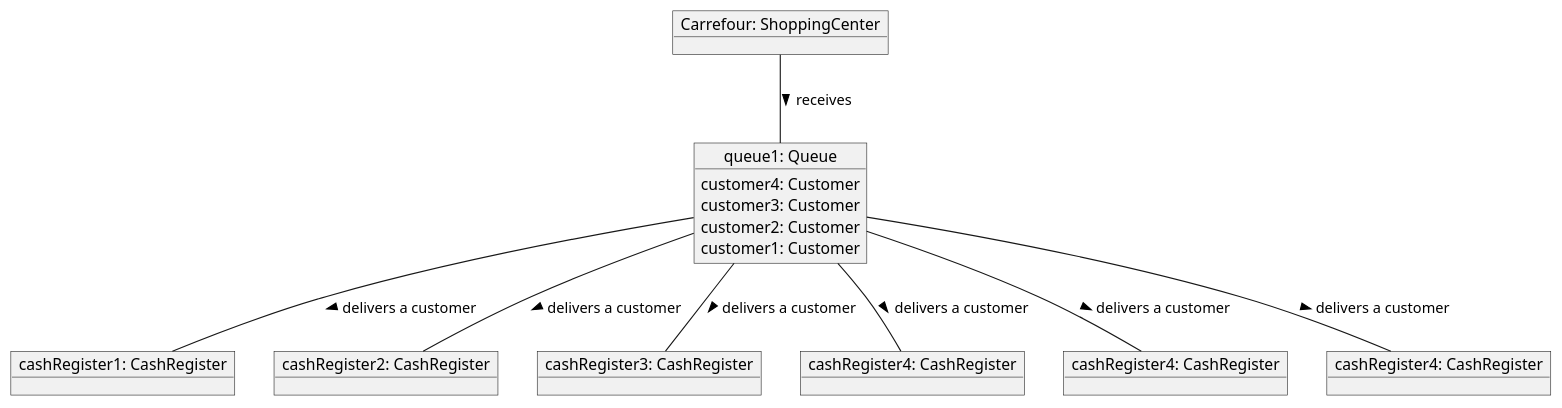
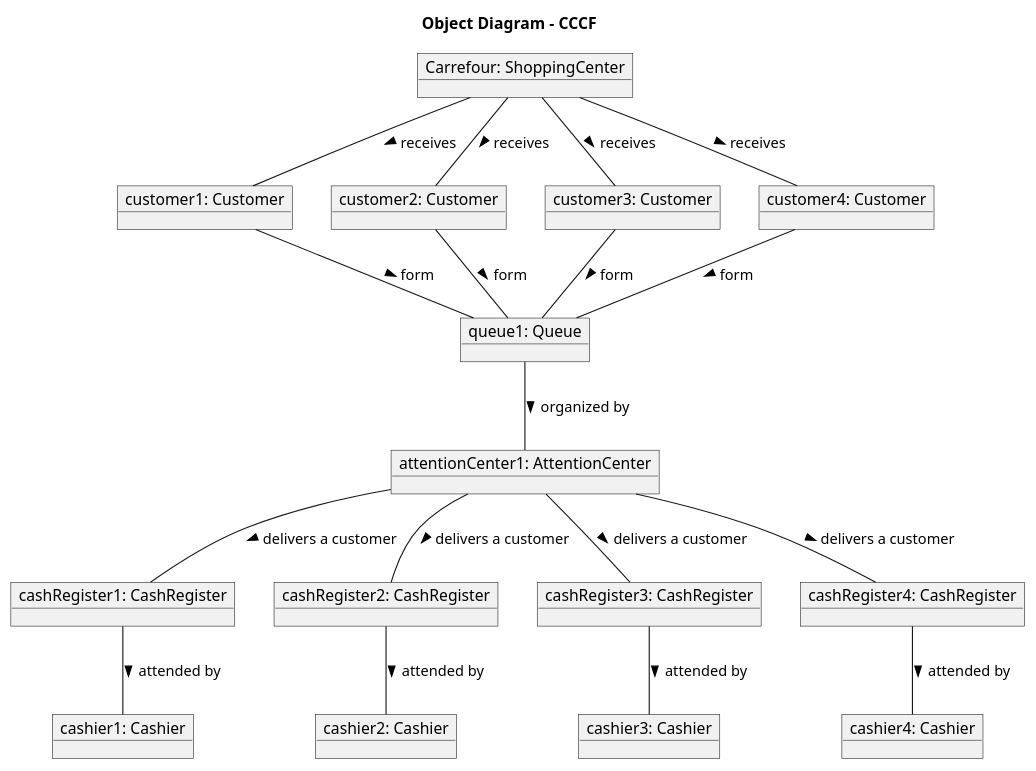
Before and after one commit to mmasias/23-24-IdSw2-SDD: the diagram in modelosUML/diagramaObjetos.puml, drawn with PlantUML. The commit also changed 8 other files, not shown here.

Commit message:
diagrama de objetos mejorado y md

```diff
--- a/modelosUML/diagramaObjetos.puml
+++ b/modelosUML/diagramaObjetos.puml
@@ -1,28 +1,48 @@
 @startuml
+
+title Object Diagram - CCCF
 
 object "Carrefour: ShoppingCenter" as sc
 
-object "queue1: Queue" as queue {
-    customer4: Customer 
-    customer3: Customer 
-    customer2: Customer 
-    customer1: Customer 
-}
+object "customer1: Customer" as cus1
+object "customer2: Customer" as cus2
+object "customer3: Customer" as cus3
+object "customer4: Customer" as cus4
+    
+sc -- cus1:> receives
+sc -- cus2:> receives
+sc -- cus3:> receives
+sc -- cus4:> receives
 
-sc -- queue:> receives
+object "queue1: Queue" as que
+
+cus1 -- que:> form
+cus2 -- que:> form
+cus3 -- que:> form
+cus4 -- que:> form
+
+object "attentionCenter1: AttentionCenter" as ac
+
+que -- ac:> organized by
 
 object "cashRegister1: CashRegister" as cr1
 object "cashRegister2: CashRegister" as cr2
 object "cashRegister3: CashRegister" as cr3
 object "cashRegister4: CashRegister" as cr4
-object "cashRegister4: CashRegister" as cr5
-object "cashRegister4: CashRegister" as cr6
 
-queue -- cr1:> delivers a customer
-queue -- cr2:> delivers a customer
-queue -- cr3:> delivers a customer
-queue -- cr4:> delivers a customer
-queue -- cr5:> delivers a customer
-queue -- cr6:> delivers a customer
+ac -- cr1:> delivers a customer
+ac -- cr2:> delivers a customer
+ac -- cr3:> delivers a customer
+ac -- cr4:> delivers a customer
+
+object "cashier1: Cashier" as c1
+object "cashier2: Cashier" as c2
+object "cashier3: Cashier" as c3
+object "cashier4: Cashier" as c4
+
+cr1-- c1:> attended by
+cr2-- c2:> attended by
+cr3-- c3:> attended by
+cr4-- c4:> attended by
 
 @enduml
```
